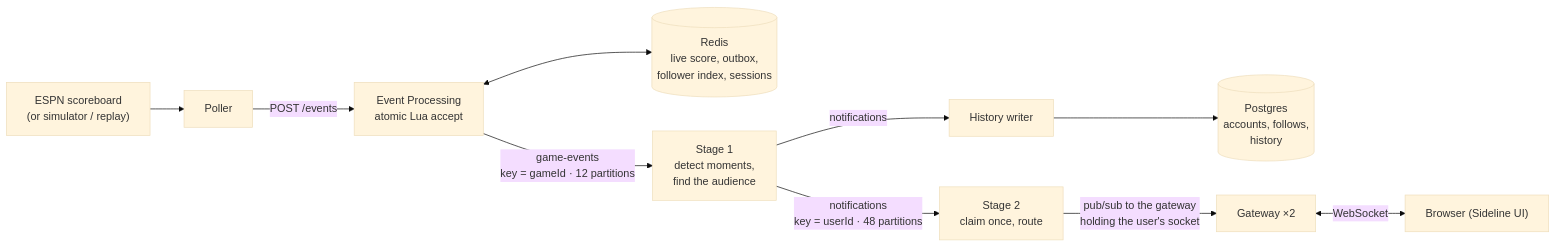
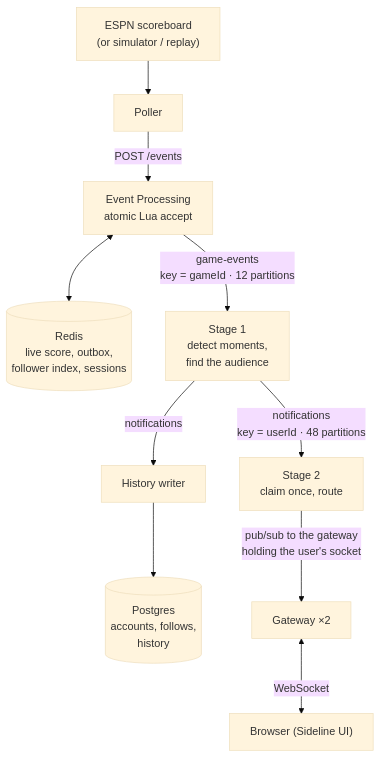
One commit to jbor21/sports-notifier changed the diagram in README.md. Above: the diagram before and after it, drawn with Mermaid (base theme).

Commit message:
README: lay the diagram out top to bottom so it reads at page width

````diff
--- a/README.md
+++ b/README.md
@@ -19,12 +19,12 @@
 ```mermaid
-flowchart LR
+flowchart TD
     ESPN["ESPN scoreboard<br/>(or simulator / replay)"] --> Poller
     Poller -->|POST /events| EP["Event Processing<br/>atomic Lua accept"]
     EP <--> Redis[("Redis<br/>live score, outbox,<br/>follower index, sessions")]
     EP -->|"game-events<br/>key = gameId · 12 partitions"| S1["Stage 1<br/>detect moments,<br/>find the audience"]
     S1 -->|"notifications<br/>key = userId · 48 partitions"| S2["Stage 2<br/>claim once, route"]
     S1 -->|notifications| History["History writer"]
     History --> PG[("Postgres<br/>accounts, follows,<br/>history")]
     S2 -->|"pub/sub to the gateway<br/>holding the user's socket"| GW["Gateway ×2"]
     GW <-->|WebSocket| Browser["Browser (Sideline UI)"]
 ```
````
